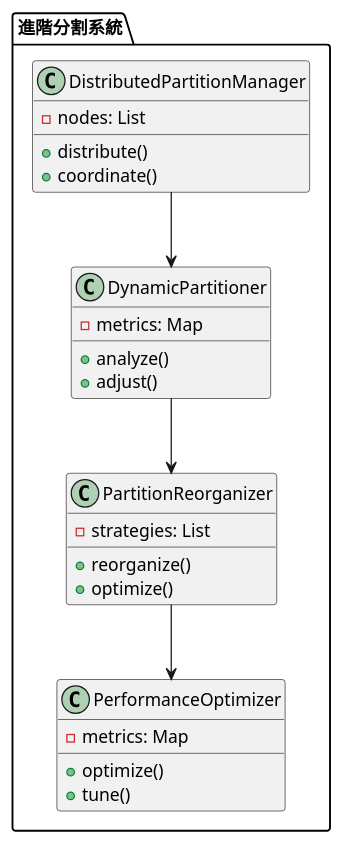
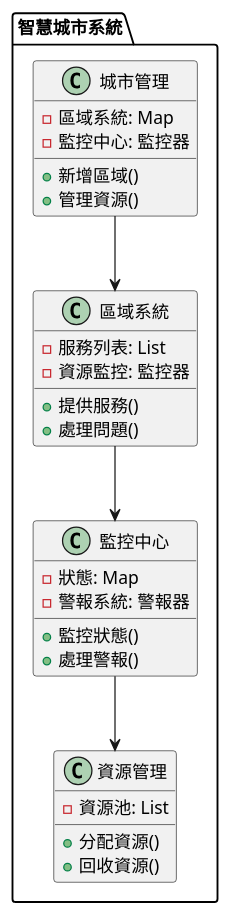
One commit to fine5351/info-sync changed the third of 3 diagrams in doc/learning/architecture/database_partition_tutorial.md. Above: the diagram before and after it, drawn with PlantUML. The commit also changed other lines of this file and 35 other files, not shown here.

````diff
--- a/doc/learning/architecture/database_partition_tutorial.md
+++ b/doc/learning/architecture/database_partition_tutorial.md
@@ -375,33 +467,36 @@
 ```plantuml
 @startuml
-package "進階分割系統" {
-    class DistributedPartitionManager {
-        - nodes: List
-        + distribute()
-        + coordinate()
+package "智慧城市系統" {
+    class 城市管理 {
+        - 區域系統: Map
+        - 監控中心: 監控器
+        + 新增區域()
+        + 管理資源()
     }
     
-    class DynamicPartitioner {
-        - metrics: Map
-        + analyze()
-        + adjust()
+    class 區域系統 {
+        - 服務列表: List
+        - 資源監控: 監控器
+        + 提供服務()
+        + 處理問題()
     }
     
-    class PartitionReorganizer {
-        - strategies: List
-        + reorganize()
-        + optimize()
+    class 監控中心 {
+        - 狀態: Map
+        - 警報系統: 警報器
+        + 監控狀態()
+        + 處理警報()
     }
     
-    class PerformanceOptimizer {
-        - metrics: Map
-        + optimize()
-        + tune()
+    class 資源管理 {
+        - 資源池: List
+        + 分配資源()
+        + 回收資源()
     }
 }
 
-DistributedPartitionManager --> DynamicPartitioner
-DynamicPartitioner --> PartitionReorganizer
-PartitionReorganizer --> PerformanceOptimizer
+城市管理 --> 區域系統
+區域系統 --> 監控中心
+監控中心 --> 資源管理
 @enduml
 ```
````
